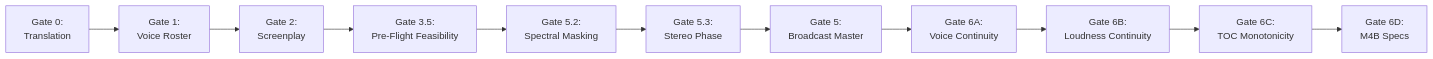
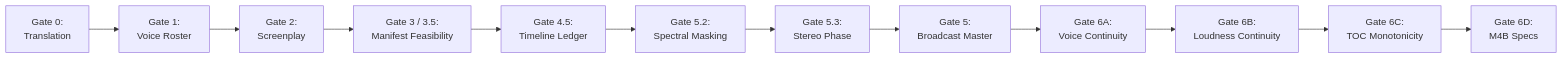
The diagram in docs/QUALITY_GATES.md (naksh-07/audiobook-maker), drawn with Mermaid before and after one commit. The commit also changed other lines of this file and 24 other files, not shown here.

````diff
--- a/docs/QUALITY_GATES.md
+++ b/docs/QUALITY_GATES.md
@@ -9,13 +9,14 @@
 ```mermaid
 flowchart LR
     G0["Gate 0:<br/>Translation"] --> G1["Gate 1:<br/>Voice Roster"]
     G1 --> G2["Gate 2:<br/>Screenplay"]
-    G2 --> G35["Gate 3.5:<br/>Pre-Flight Feasibility"]
-    G35 --> G52["Gate 5.2:<br/>Spectral Masking"]
+    G2 --> G3["Gate 3 / 3.5:<br/>Manifest Feasibility"]
+    G3 --> G45["Gate 4.5:<br/>Timeline Ledger"]
+    G45 --> G52["Gate 5.2:<br/>Spectral Masking"]
     G52 --> G53["Gate 5.3:<br/>Stereo Phase"]
     G53 --> G5["Gate 5:<br/>Broadcast Master"]
     G5 --> G6A["Gate 6A:<br/>Voice Continuity"]
     G6A --> G6B["Gate 6B:<br/>Loudness Continuity"]
     G6B --> G6C["Gate 6C:<br/>TOC Monotonicity"]
     G6C --> G6D["Gate 6D:<br/>M4B Specs"]
 ```
````
